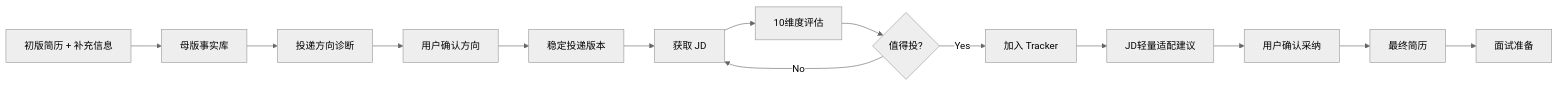
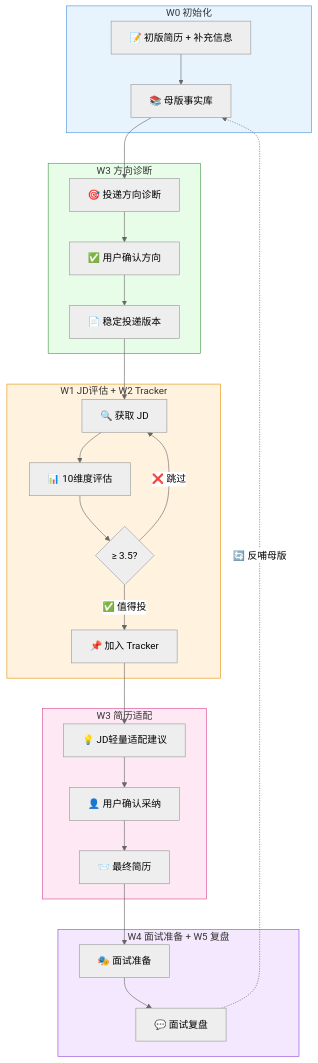
One commit to JackySummerfield/career-ops-cn changed the diagram in README.md. Above: the diagram before and after it, drawn with Mermaid (neutral theme). The commit also changed other lines of this file and 1 other file, not shown here.

Commit message:
docs: improve workflow overview diagram
- Switch from flat graph LR to vertical flowchart TD with subgraphs
- Group steps by workflow (W0/W1-W2/W3/W4-W5) with color coding
- Add emoji labels for visual scanning
- Show debrief→master feedback loop (was missing)
- Add interview debrief step (W5 was not shown)

````diff
--- a/README.md
+++ b/README.md
@@ -71,16 +71,39 @@
 ```mermaid
-graph LR
-    A[初版简历 + 补充信息] --> B[母版事实库]
-    B --> C[投递方向诊断]
-    C --> D[用户确认方向]
-    D --> E[稳定投递版本]
-    E --> F[获取 JD]
-    F --> G[10维度评估]
-    G --> H{值得投?}
-    H -->|Yes| I[加入 Tracker]
-    H -->|No| F
-    I --> J[JD轻量适配建议]
-    J --> K[用户确认采纳]
-    K --> L[最终简历]
-    L --> M[面试准备]
+flowchart TD
+    subgraph W0 ["W0 初始化"]
+        A["📝 初版简历 + 补充信息"] --> B["📚 母版事实库"]
+    end
+
+    subgraph W3A ["W3 方向诊断"]
+        B --> C["🎯 投递方向诊断"]
+        C --> D["✅ 用户确认方向"]
+        D --> E["📄 稳定投递版本"]
+    end
+
+    subgraph W1W2 ["W1 JD评估 + W2 Tracker"]
+        F["🔍 获取 JD"] --> G["📊 10维度评估"]
+        G --> H{"≥ 3.5?"}
+        H -->|"✅ 值得投"| I["📌 加入 Tracker"]
+        H -->|"❌ 跳过"| F
+    end
+
+    subgraph W3C ["W3 简历适配"]
+        I --> J["💡 JD轻量适配建议"]
+        J --> K["👤 用户确认采纳"]
+        K --> L["📨 最终简历"]
+    end
+
+    subgraph W4W5 ["W4 面试准备 + W5 复盘"]
+        L --> M["🎭 面试准备"]
+        M --> N["💬 面试复盘"]
+    end
+
+    E --> F
+    N -.->|"🔄 反哺母版"| B
+
+    style W0 fill:#e8f4fd,stroke:#4a90d9
+    style W3A fill:#e8fde8,stroke:#4a9a4a
+    style W1W2 fill:#fff3e0,stroke:#e6930a
+    style W3C fill:#fde8f4,stroke:#d94a90
+    style W4W5 fill:#f3e8fd,stroke:#904ad9
 ```
````
